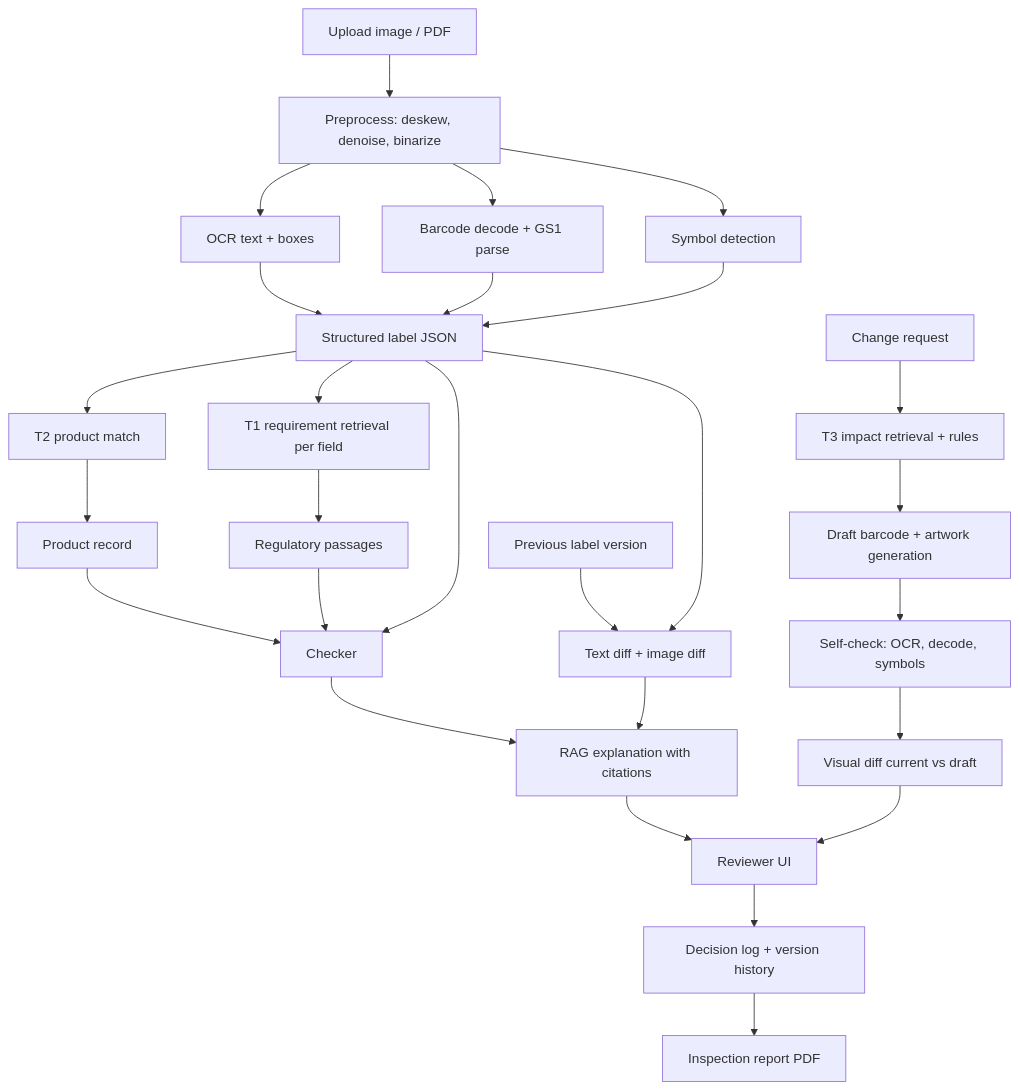
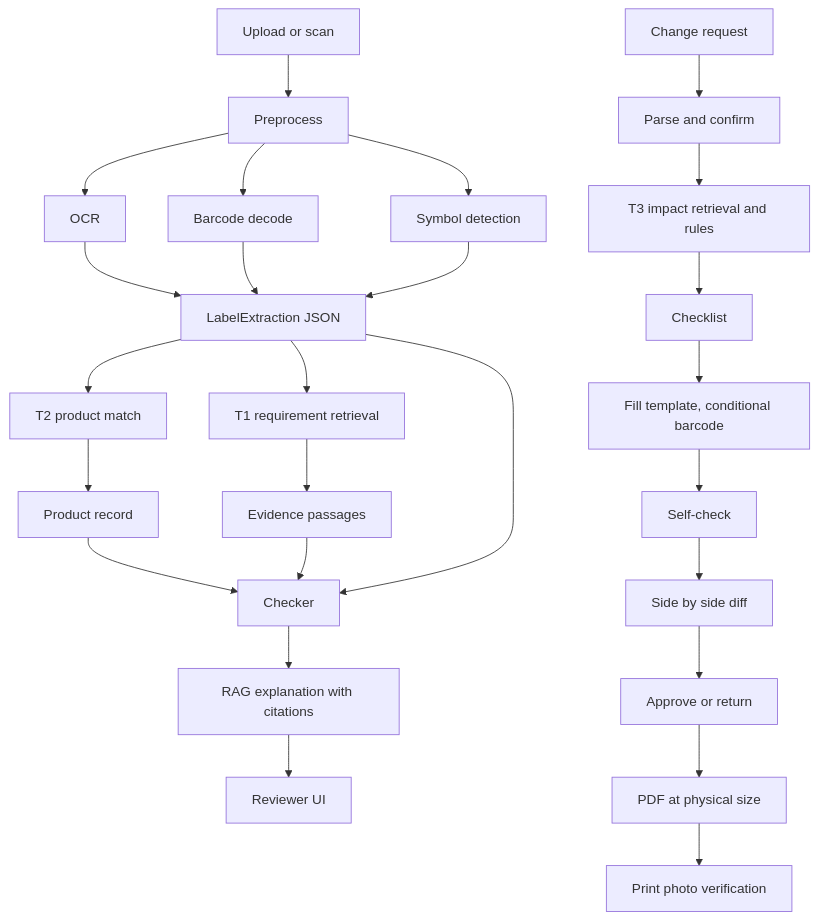
One commit to paridhik11/labellens changed the diagram in docs/WORKFLOW.md. Above: the diagram before and after it, drawn with Mermaid. The commit also changed other lines of this file and 12 other files, not shown here.

````diff
--- a/docs/WORKFLOW.md
+++ b/docs/WORKFLOW.md
@@ -5,29 +5,28 @@
 ```mermaid
 flowchart TD
-  A[Upload image / PDF] --> B[Preprocess: deskew, denoise, binarize]
-  B --> C1[OCR text + boxes]
-  B --> C2[Barcode decode + GS1 parse]
+  A[Upload or scan] --> B[Preprocess]
+  B --> C1[OCR]
+  B --> C2[Barcode decode]
   B --> C3[Symbol detection]
-  C1 --> D[Structured label JSON]
+  C1 --> D[LabelExtraction JSON]
   C2 --> D
   C3 --> D
   D --> E[T2 product match]
-  D --> F[T1 requirement retrieval per field]
+  D --> F[T1 requirement retrieval]
   E --> G[Product record]
-  F --> H[Regulatory passages]
+  F --> H[Evidence passages]
   G --> I[Checker]
   H --> I
   D --> I
-  P[Previous label version] --> J[Text diff + image diff]
-  D --> J
   I --> K[RAG explanation with citations]
-  J --> K
   K --> L[Reviewer UI]
-  L --> M[Decision log + version history]
-  M --> N[Inspection report PDF]
-  Q[Change request] --> R[T3 impact retrieval + rules]
-  R --> S[Draft barcode + artwork generation]
-  S --> T[Self-check: OCR, decode, symbols]
-  T --> U[Visual diff current vs draft]
-  U --> L
+  Q[Change request] --> P[Parse and confirm]
+  P --> R[T3 impact retrieval and rules]
+  R --> N[Checklist]
+  N --> S[Fill template, conditional barcode]
+  S --> T[Self-check]
+  T --> U[Side by side diff]
+  U --> V[Approve or return]
+  V --> W[PDF at physical size]
+  W --> X[Print photo verification]
 ```
````
